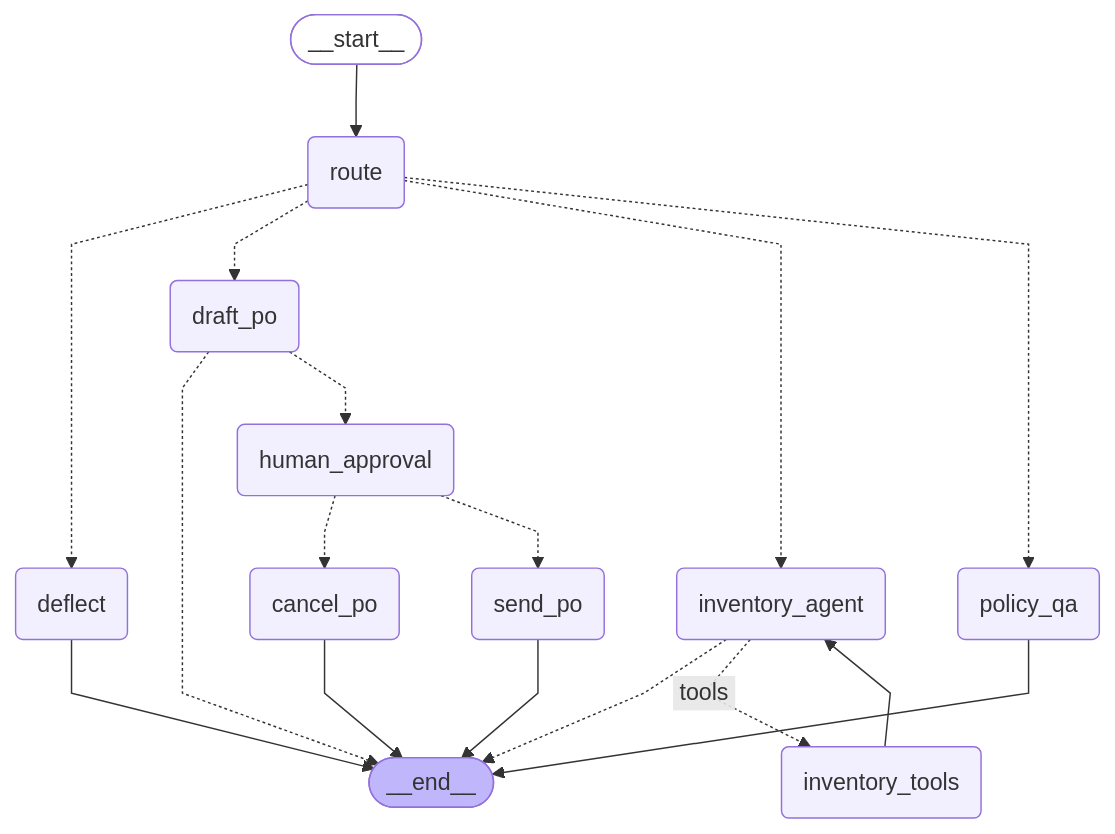
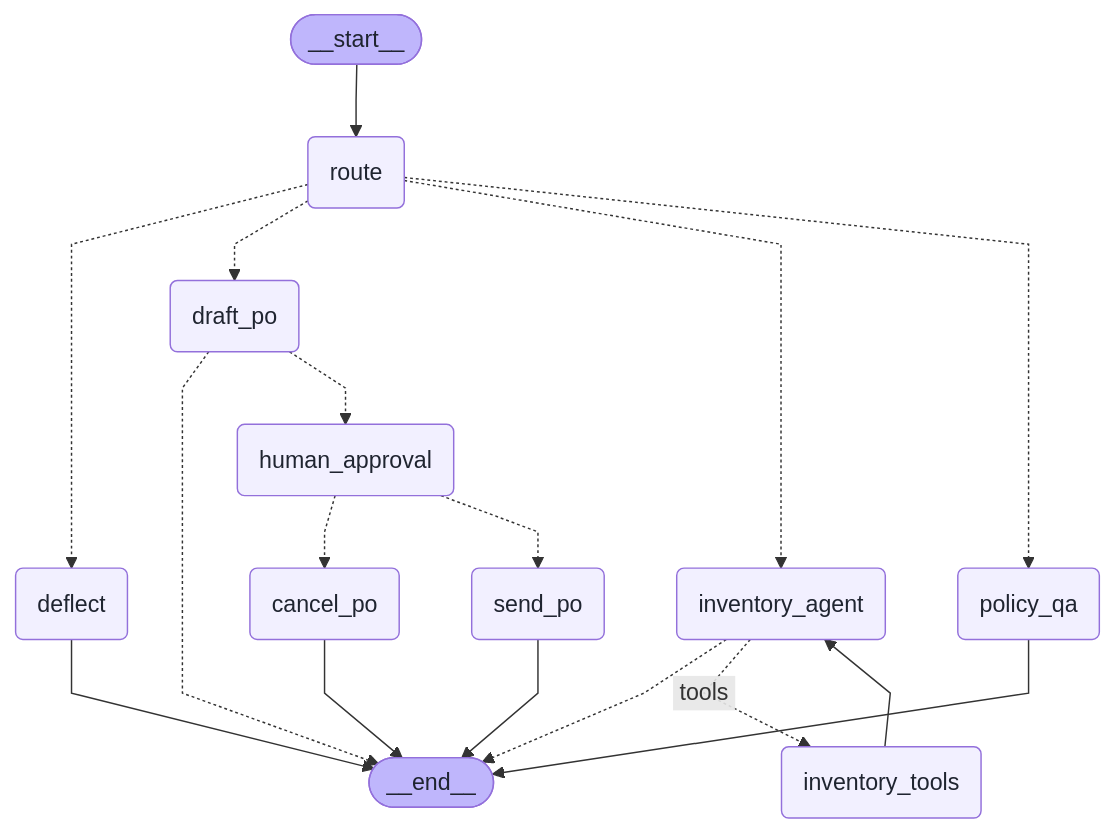
The second of 2 diagrams in README.md (Ryan-Choe/eighty-six), drawn with Mermaid before and after one commit. The commit also changed other lines of this file and 1 other file, not shown here.

First line of the commit message:
Table the eval results, draw the trust chain, and fix diagram contrast

````diff
--- a/README.md
+++ b/README.md
@@ -40,38 +55,38 @@
 ```mermaid
 ---
 config:
   flowchart:
     curve: linear
 ---
 graph TD;
 	__start__([<p>__start__</p>]):::first
 	route(route)
 	inventory_agent(inventory_agent)
 	inventory_tools(inventory_tools)
 	policy_qa(policy_qa)
 	draft_po(draft_po)
 	human_approval(human_approval)
 	send_po(send_po)
 	cancel_po(cancel_po)
 	deflect(deflect)
 	__end__([<p>__end__</p>]):::last
 	__start__ --> route;
 	draft_po -.-> __end__;
 	draft_po -.-> human_approval;
 	human_approval -.-> cancel_po;
 	human_approval -.-> send_po;
 	inventory_agent -.-> __end__;
 	inventory_agent -. &nbsp;tools&nbsp; .-> inventory_tools;
 	inventory_tools --> inventory_agent;
 	route -.-> deflect;
 	route -.-> draft_po;
 	route -.-> inventory_agent;
 	route -.-> policy_qa;
 	cancel_po --> __end__;
 	deflect --> __end__;
 	policy_qa --> __end__;
 	send_po --> __end__;
-	classDef default fill:#f2f0ff,line-height:1.2
-	classDef first fill-opacity:0
-	classDef last fill:#bfb6fc
+	classDef default fill:#f2f0ff,color:#1f2430,line-height:1.2
+	classDef first fill:#bfb6fc,color:#1f2430
+	classDef last fill:#bfb6fc,color:#1f2430
 ```
````
